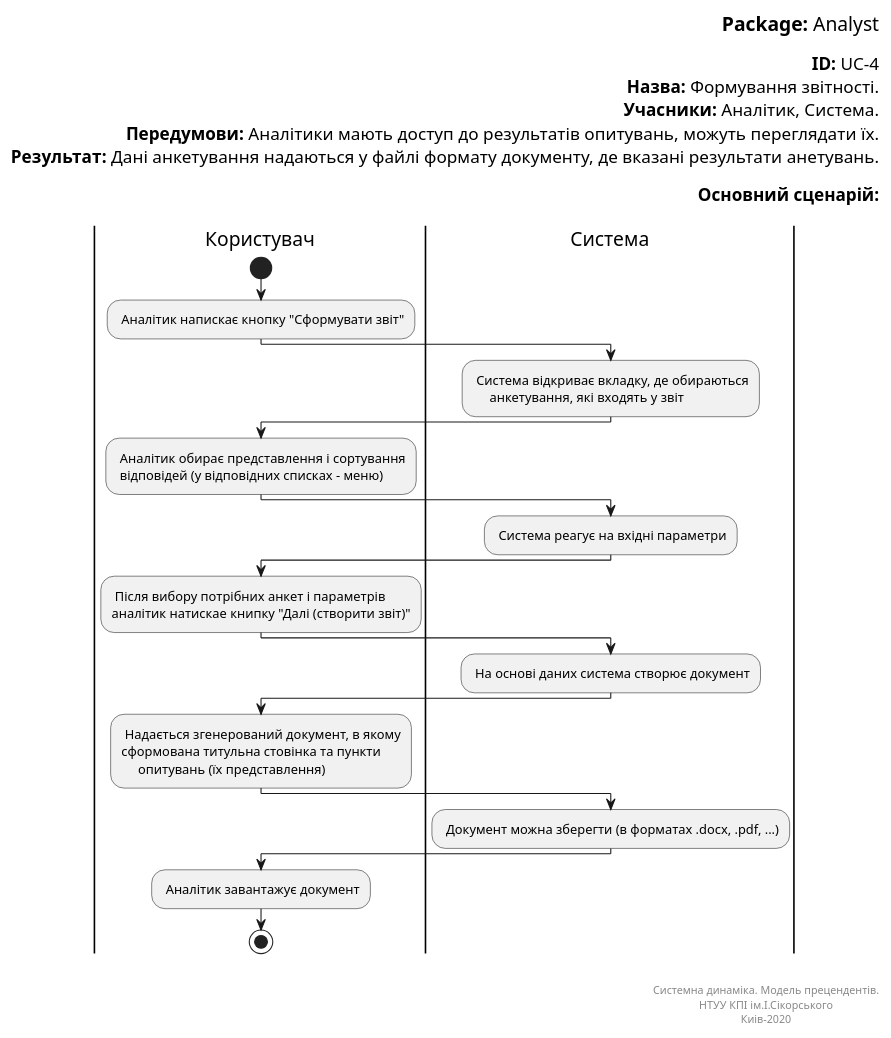
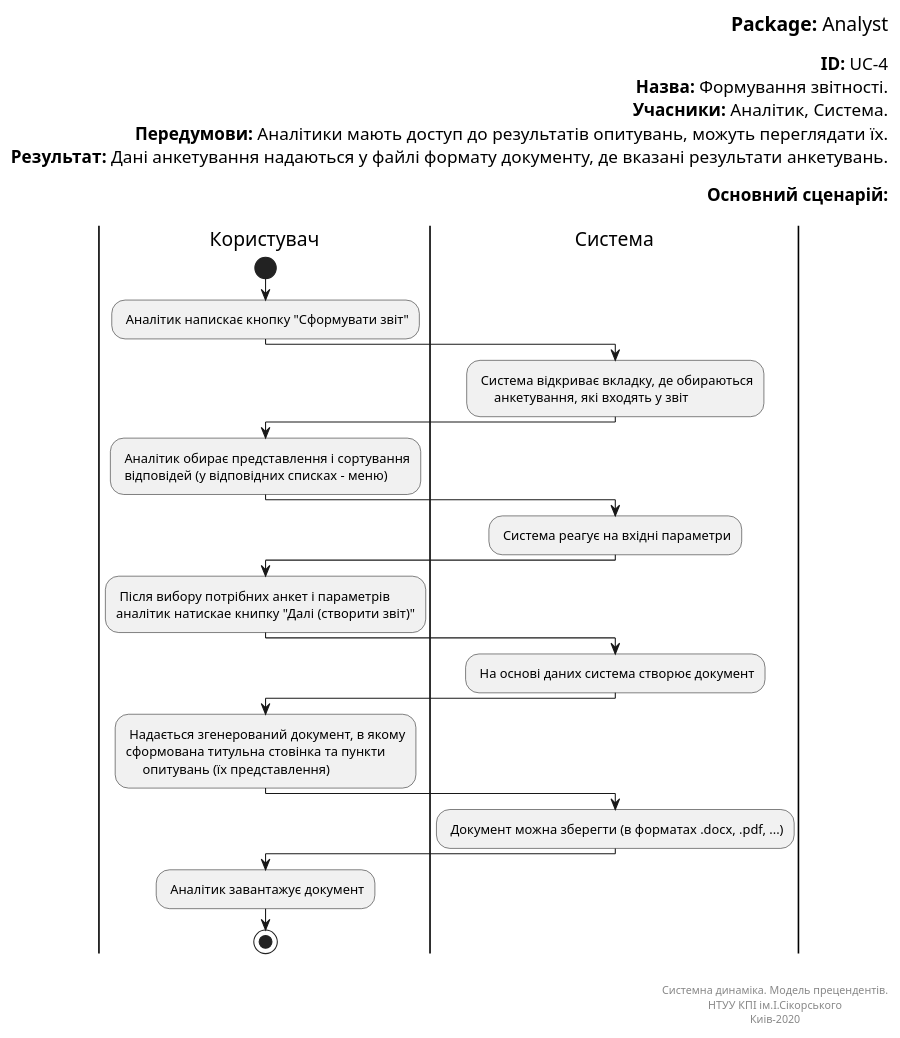
The diagram in Doc/UMLDiagrams/scenarios/analyst/Diagrams/UML/UC4.pu (ip-85/System-Dynamics), drawn with PlantUML before and after one commit. The commit also changed 7 other files, not shown here.

Commit message:
UML general

```diff
--- a/Doc/UMLDiagrams/scenarios/analyst/Diagrams/UML/UC4.pu
+++ b/Doc/UMLDiagrams/scenarios/analyst/Diagrams/UML/UC4.pu
@@ -1,58 +1,58 @@
  @startuml Reports Forming
 left header
 <font color=000 size=18><b>Package:</b> Analyst
 
 <font color=000 size=16><b>ID:</b> UC-4
 <font color=000 size=16><b>Назва:</b> Формування звітності.
 <font color=000 size=16><b>Учасники:</b> Аналітик, Система.
 <font color=000 size=16><b>Передумови:</b> Аналітики мають доступ до результатів опитувань, можуть переглядати їх.
-<font color=000 size=16><b>Результат:</b> Дані анкетування надаються у файлі формату документу, де вказані результати анетувань.
+<font color=000 size=16><b>Результат:</b> Дані анкетування надаються у файлі формату документу, де вказані результати анкетувань.
 
 <font color=000 size=16><b>Основний сценарій:</b>
 
 end header
 
 |Користувач|
 start
 : Аналітик напискає кнопку "Сформувати звіт";
 
 |Система|
 : Система відкриває вкладку, де обираються
       анкетування, які входять у звіт;
 
 |Користувач|
 : Аналітик обирає представлення і сортування
   відповідей (у відповідних списках - меню);
 
 |Система|
 : Система реагує на вхідні параметри;
 
 |Користувач|
 : Після вибору потрібних анкет і параметрів
 аналітик натискае книпку "Далі (створити звіт)";
 
 |Система|
 : На основі даних система створює документ;
 
 |Користувач|
 : Надається згенерований документ, в якому
 сформована титульна стовінка та пункти
       опитувань (їх представлення);
 
 |Система|
 : Документ можна зберегти (в форматах .docx, .pdf, ...);
 
 |Користувач|
 : Аналітик завантажує документ;
 
 stop;
 
 right footer
 
 
 Системна динаміка. Модель прецендентів.
 НТУУ КПІ ім.І.Сікорського
 Киів-2020
 end footer
 
 @enduml
```
